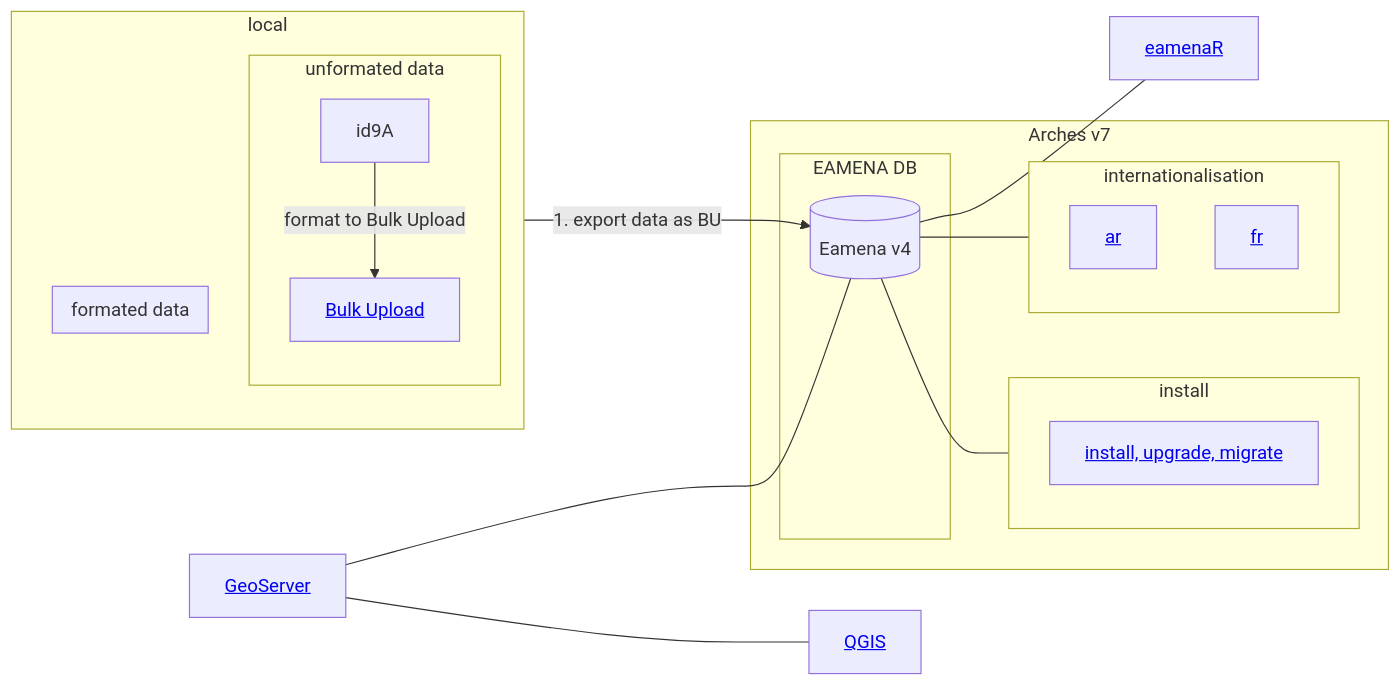
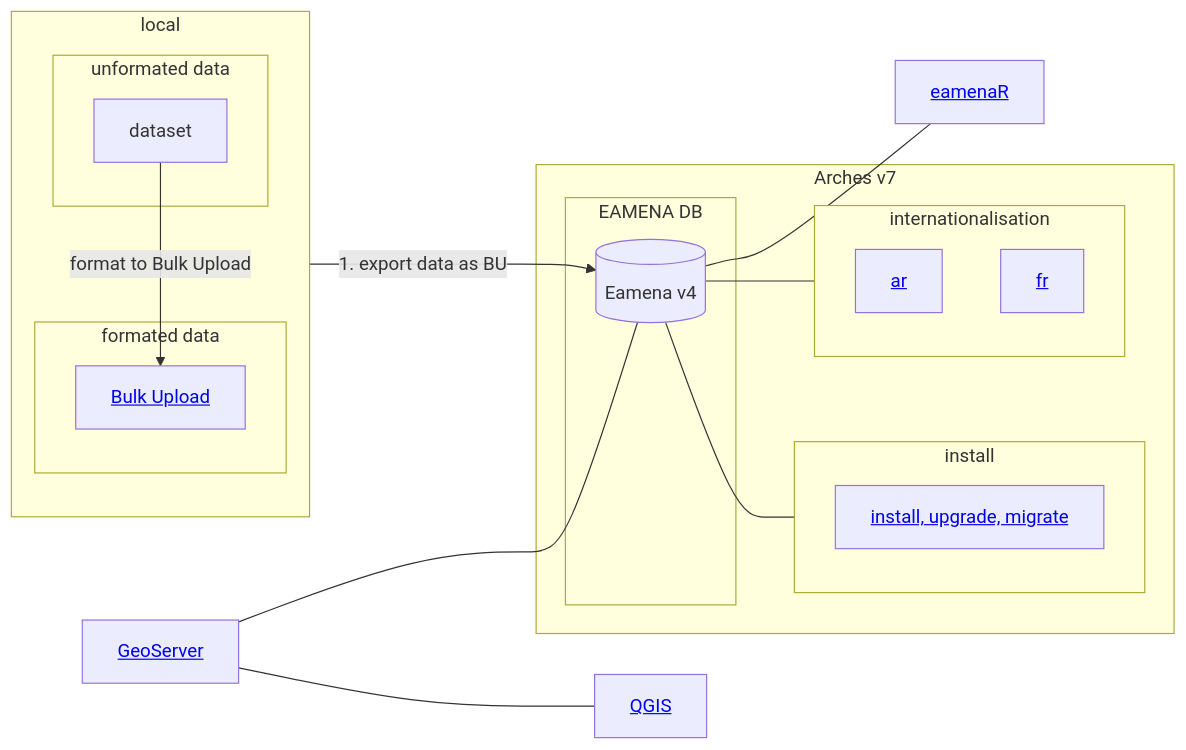
The diagram in dbs/database.eamena/README.md (eamena-project/eamena-arches-dev), drawn with Mermaid before and after one commit.

````diff
--- a/dbs/database.eamena/README.md
+++ b/dbs/database.eamena/README.md
@@ -3,29 +3,30 @@
 ```mermaid
 flowchart LR
   subgraph Arches v7
     subgraph EAMENA DB
     ea[(Eamena v4)]
     end
     subgraph internationalisation
       id6[<a href='https://github.com/eamena-project/eamena-arches-dev/tree/main/dbs/database.eamena/internationalisation'>ar</a>];
       id7[<a href='https://github.com/eamena-project/eamena-arches-dev/tree/main/dbs/database.eamena/internationalisation'>fr</a>];
     end 
     subgraph install
       id8[<a href='https://github.com/eamena-project/eamena-arches-dev/tree/main/dbs/database.eamena/install'>install, upgrade, migrate</a>];
     end 
   end
   id3[<a href='https://github.com/eamena-project/eamena-arches-dev/tree/main/geoserver'>GeoServer</a>] --- ea;
   id3 --- id4[<a href='https://github.com/eamena-project/eamena-arches-dev/tree/main/gis/qgis'>QGIS</a>];
   subgraph local
     direction TB
     subgraph unformated data
-      id9A -- format to Bulk Upload --> id9B[<a href='https://github.com/eamena-project/eamena-arches-dev/tree/main/data/bulk#readme'>Bulk Upload</a>]
+      id9A[dataset]
     end
     subgraph formated data
+      id9A -- format to Bulk Upload --> id9B[<a href='https://github.com/eamena-project/eamena-arches-dev/tree/main/data/bulk#readme'>Bulk Upload</a>]
       id9B --1. export data as BU--> ea;
     end
   end
   ea --- id5[<a href='https://github.com/eamena-project/eamenaR'>eamenaR</a>];
   ea --- internationalisation
   ea --- install
 ```
````
